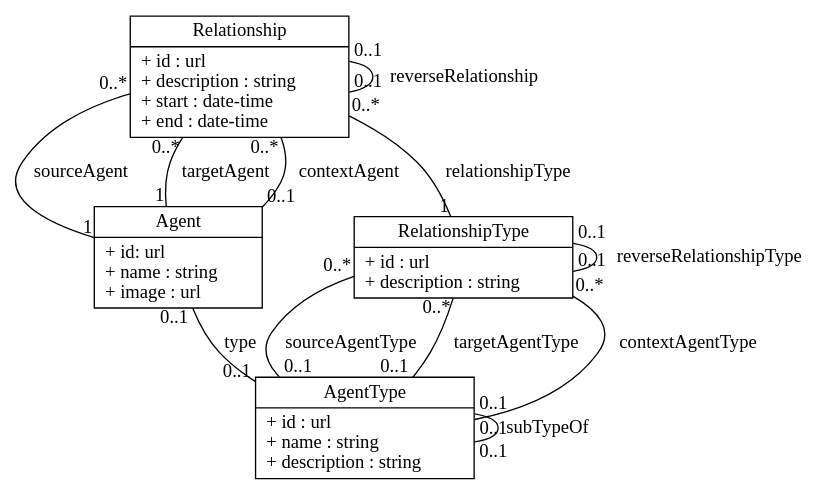
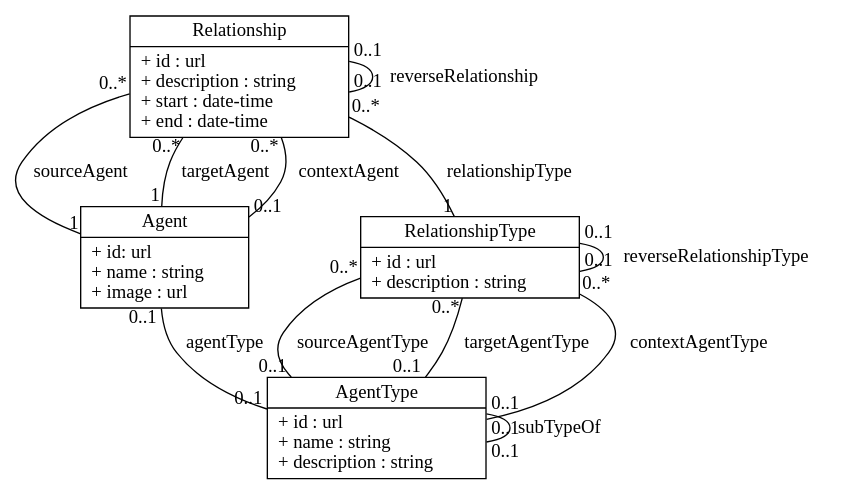
Before and after one commit to valueflows/agent: the diagram in assets/uml.dot, drawn with Graphviz. The commit also changed 2 other files, not shown here.

Commit message:
rename Agent.type to Agent.agentType

```diff
--- a/assets/uml.dot
+++ b/assets/uml.dot
@@ -1,110 +1,110 @@
 // structure copied from
 // http://www.ffnn.nl/pages/articles/media/uml-diagrams-using-graphviz-dot.php
 
 digraph G {
   fontname = "Bitstream Vera Sans"
   fontsize = 14
 
   node [
     fontname = "Bitstream Vera Sans"
     fontsize = 14
     shape = "record"
   ]
 
   edge [
     fontname = "Bitstream Vera Sans"
     fontsize = 14
     arrowhead = "none"
   ]
 
   AgentType [
     label = "{AgentType|+ id : url\l+ name : string\l+ description : string\l}"
   ]
 
   Agent [
     label = "{Agent|+ id: url\l+ name : string\l+ image : url\l}"
   ]
 
   RelationshipType [
     label = "{RelationshipType|+ id : url\l+ description : string\l}"
   ]
 
   Relationship [
     label = "{Relationship|+ id : url\l+ description : string\l+ start : date-time\l+ end : date-time\l}"
   ]
 
   edge [
     headlabel = "1"
     taillabel = "0..*"
   ]
 
   edge[
     label = "sourceAgent"
   ]
   Relationship -> Agent
   edge [
     label = "targetAgent"
   ]
   Relationship -> Agent
 
   edge [
     headlabel = "0..1"
     label = "contextAgent"
   ]
   Relationship -> Agent
 
   edge [
     headlabel = "0..1"
     taillabel = "0..*"
   ]
 
   edge[
     label = "sourceAgentType"
   ]
   RelationshipType -> AgentType
   edge [
     label = "targetAgentType"
   ]
   RelationshipType -> AgentType
   edge [
     label = "contextAgentType"
   ]
   RelationshipType -> AgentType
 
   edge [
     headlabel = "1"
     taillabel = "0..*"
   ]
 
   edge [
     label = "relationshipType"
   ]
   Relationship -> RelationshipType
 
   edge [
     headlabel = "0..1"
     taillabel = "0..1"
     label = "subTypeOf"
   ]
   AgentType -> AgentType
 
   edge [
-    label = "type"
+    label = "agentType"
   ]
   Agent -> AgentType
 
   edge [
     headlabel = "0..1"
     taillabel = "0..1"
   ]
   
   edge [
     label = "reverseRelationshipType"
   ]
   RelationshipType -> RelationshipType
 
   edge [
     label = "reverseRelationship"
   ]
   Relationship -> Relationship
 }
```
